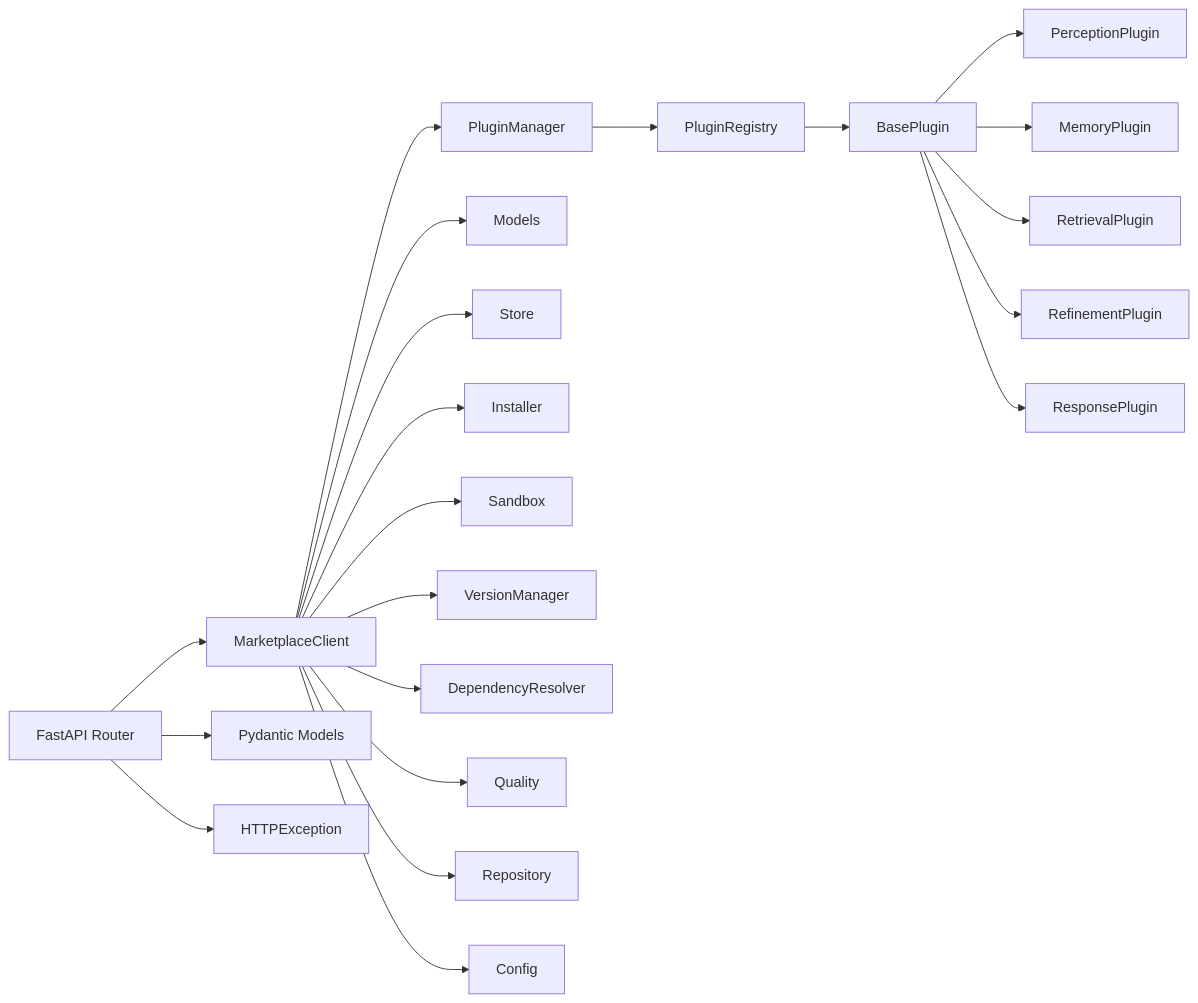
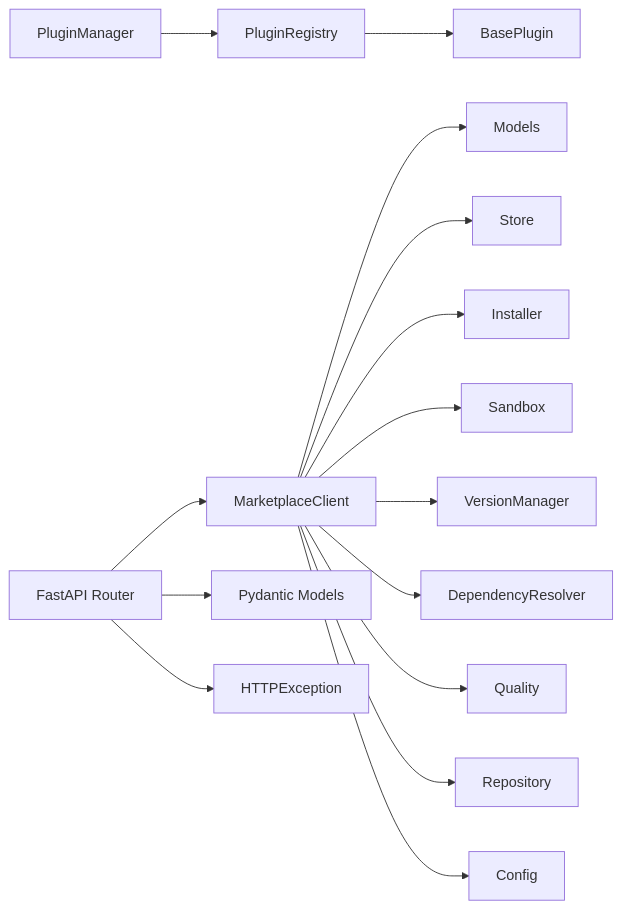
Before and after one commit to JieGaoPrinceton/NecoRAG: the third of 3 diagrams in .qoder/repowiki/zh/content/插件扩展系统/插件扩展系统.md, drawn with Mermaid. The commit also changed other lines of this file and 4 other files, not shown here.

````diff
--- a/.qoder/repowiki/zh/content/插件扩展系统/插件扩展系统.md
+++ b/.qoder/repowiki/zh/content/插件扩展系统/插件扩展系统.md
@@ -572,23 +353,17 @@
 ```mermaid
 graph LR
-Base["BasePlugin"] --> Per["PerceptionPlugin"]
-Base --> Mem["MemoryPlugin"]
-Base --> Ret["RetrievalPlugin"]
-Base --> Ref["RefinementPlugin"]
-Base --> Res["ResponsePlugin"]
-Reg["PluginRegistry"] --> Base
+Reg["PluginRegistry"] --> Base["BasePlugin"]
 Man["PluginManager"] --> Reg
-MClient["MarketplaceClient"] --> Man
-MClient --> Models["Models"]
+MClient["MarketplaceClient"] --> Models["Models"]
 MClient --> Store["Store"]
 MClient --> Installer["Installer"]
 MClient --> Sandbox["Sandbox"]
 MClient --> VersionMgr["VersionManager"]
 MClient --> DepResolver["DependencyResolver"]
 MClient --> Quality["Quality"]
 MClient --> Repo["Repository"]
 MClient --> Config["Config"]
 Router["FastAPI Router"] --> MClient
 Router --> Pydantic["Pydantic Models"]
 Router --> HTTP["HTTPException"]
 ```
````
